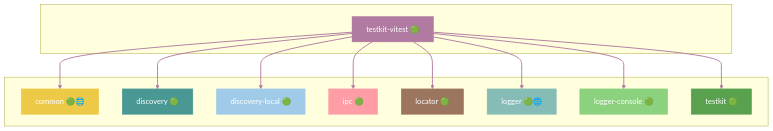
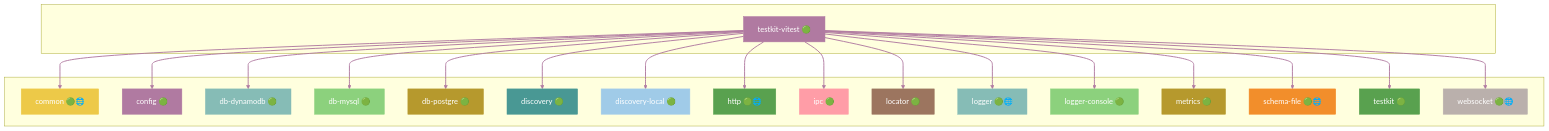
Before and after one commit to grest-ts/grest-ts: diagram 44 of 47 in docs/DEPENDENCIES.md, drawn with Mermaid. The commit also changed other lines of this file and 93 other files, not shown here.

````diff
--- a/docs/DEPENDENCIES.md
+++ b/docs/DEPENDENCIES.md
@@ -2077,41 +2125,73 @@
 ```mermaid
 flowchart TB
     subgraph Package[" "]
         testkit-vitest["testkit-vitest 🟢"]
     end
     subgraph Dependencies[" "]
         common["common 🟢🌐"]
+        config["config 🟢"]
+        db-dynamodb["db-dynamodb 🟢"]
+        db-mysql["db-mysql 🟢"]
+        db-postgre["db-postgre 🟢"]
         discovery["discovery 🟢"]
         discovery-local["discovery-local 🟢"]
+        http["http 🟢🌐"]
         ipc["ipc 🟢"]
         locator["locator 🟢"]
         logger["logger 🟢🌐"]
         logger-console["logger-console 🟢"]
+        metrics["metrics 🟢"]
+        schema-file["schema-file 🟢🌐"]
         testkit["testkit 🟢"]
+        websocket["websocket 🟢🌐"]
     end
     testkit-vitest --> common
+    testkit-vitest --> config
+    testkit-vitest --> db-dynamodb
+    testkit-vitest --> db-mysql
+    testkit-vitest --> db-postgre
     testkit-vitest --> discovery
     testkit-vitest --> discovery-local
+    testkit-vitest --> http
     testkit-vitest --> ipc
     testkit-vitest --> locator
     testkit-vitest --> logger
     testkit-vitest --> logger-console
+    testkit-vitest --> metrics
+    testkit-vitest --> schema-file
     testkit-vitest --> testkit
+    testkit-vitest --> websocket
     style testkit-vitest fill:#B07AA1,stroke:#B07AA1,color:#fff
     style common fill:#EDC948,stroke:#EDC948,color:#fff
+    style config fill:#B07AA1,stroke:#B07AA1,color:#fff
+    style db-dynamodb fill:#86BCB6,stroke:#86BCB6,color:#fff
+    style db-mysql fill:#8CD17D,stroke:#8CD17D,color:#fff
+    style db-postgre fill:#B6992D,stroke:#B6992D,color:#fff
     style discovery fill:#499894,stroke:#499894,color:#fff
     style discovery-local fill:#A0CBE8,stroke:#A0CBE8,color:#fff
+    style http fill:#59A14F,stroke:#59A14F,color:#fff
     style ipc fill:#FF9DA7,stroke:#FF9DA7,color:#fff
     style locator fill:#9C755F,stroke:#9C755F,color:#fff
     style logger fill:#86BCB6,stroke:#86BCB6,color:#fff
     style logger-console fill:#8CD17D,stroke:#8CD17D,color:#fff
+    style metrics fill:#B6992D,stroke:#B6992D,color:#fff
+    style schema-file fill:#F28E2B,stroke:#F28E2B,color:#fff
     style testkit fill:#59A14F,stroke:#59A14F,color:#fff
+    style websocket fill:#BAB0AC,stroke:#BAB0AC,color:#fff
     linkStyle 0 stroke:#B07AA1,stroke-width:2px
     linkStyle 1 stroke:#B07AA1,stroke-width:2px
     linkStyle 2 stroke:#B07AA1,stroke-width:2px
     linkStyle 3 stroke:#B07AA1,stroke-width:2px
     linkStyle 4 stroke:#B07AA1,stroke-width:2px
     linkStyle 5 stroke:#B07AA1,stroke-width:2px
     linkStyle 6 stroke:#B07AA1,stroke-width:2px
     linkStyle 7 stroke:#B07AA1,stroke-width:2px
+    linkStyle 8 stroke:#B07AA1,stroke-width:2px
+    linkStyle 9 stroke:#B07AA1,stroke-width:2px
+    linkStyle 10 stroke:#B07AA1,stroke-width:2px
+    linkStyle 11 stroke:#B07AA1,stroke-width:2px
+    linkStyle 12 stroke:#B07AA1,stroke-width:2px
+    linkStyle 13 stroke:#B07AA1,stroke-width:2px
+    linkStyle 14 stroke:#B07AA1,stroke-width:2px
+    linkStyle 15 stroke:#B07AA1,stroke-width:2px
 ```
````
